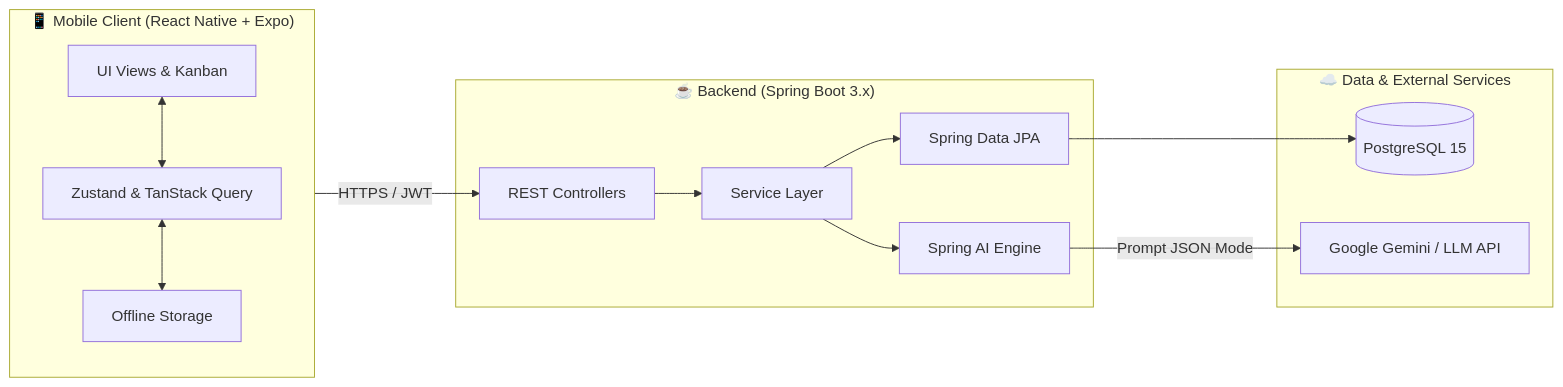
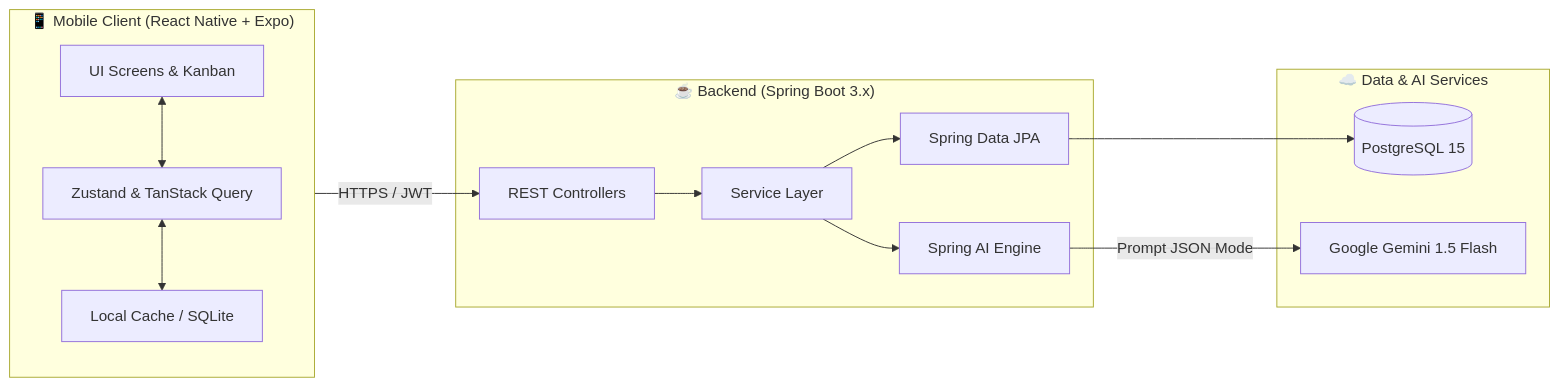
One commit to imkhari/Orbit changed the diagram in README.md. Above: the diagram before and after it, drawn with Mermaid. The commit also changed other lines of this file and 4 other files, not shown here.

````diff
--- a/README.md
+++ b/README.md
@@ -40,22 +40,22 @@
 ```mermaid
 graph LR
     subgraph Mobile ["📱 Mobile Client (React Native + Expo)"]
-        A[UI Views & Kanban] <--> B[Zustand & TanStack Query]
-        B <--> C[Offline Storage]
+        A[UI Screens & Kanban] <--> B[Zustand & TanStack Query]
+        B <--> C[Local Cache / SQLite]
     end
 
     subgraph Server ["☕ Backend (Spring Boot 3.x)"]
         D[REST Controllers] --> E[Service Layer]
         E --> F[Spring Data JPA]
         E --> G[Spring AI Engine]
     end
 
-    subgraph Cloud ["☁️ Data & External Services"]
+    subgraph Cloud ["☁️ Data & AI Services"]
         H[(PostgreSQL 15)]
-        I[Google Gemini / LLM API]
+        I[Google Gemini 1.5 Flash]
     end
 
     Mobile -- "HTTPS / JWT" --> D
     F --> H
     G -- "Prompt JSON Mode" --> I
 ```
````
